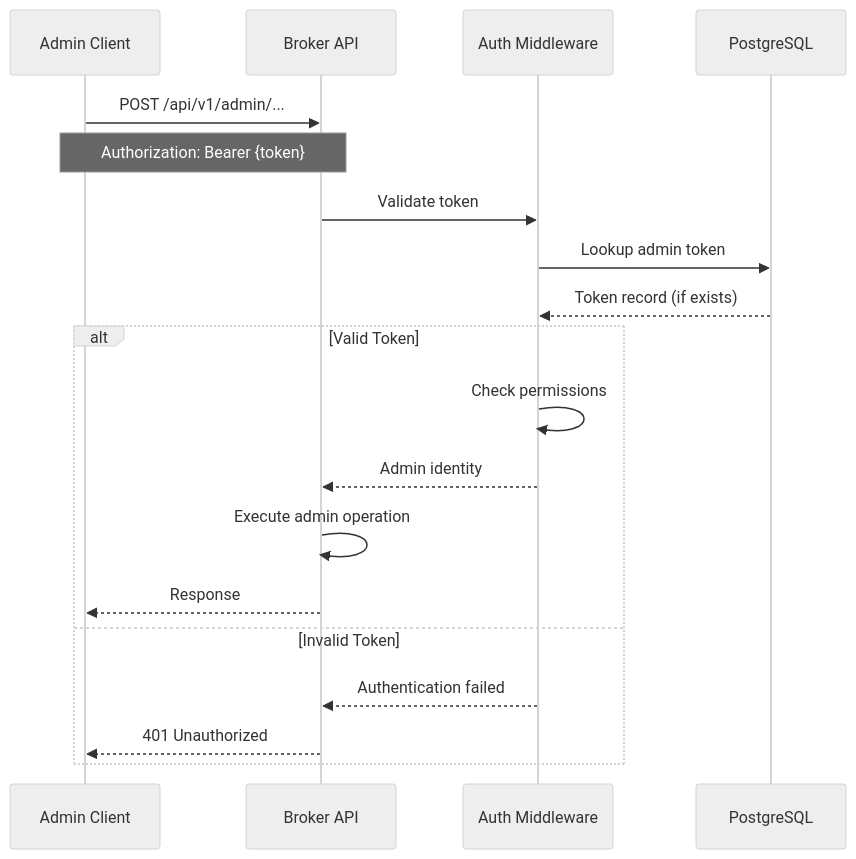
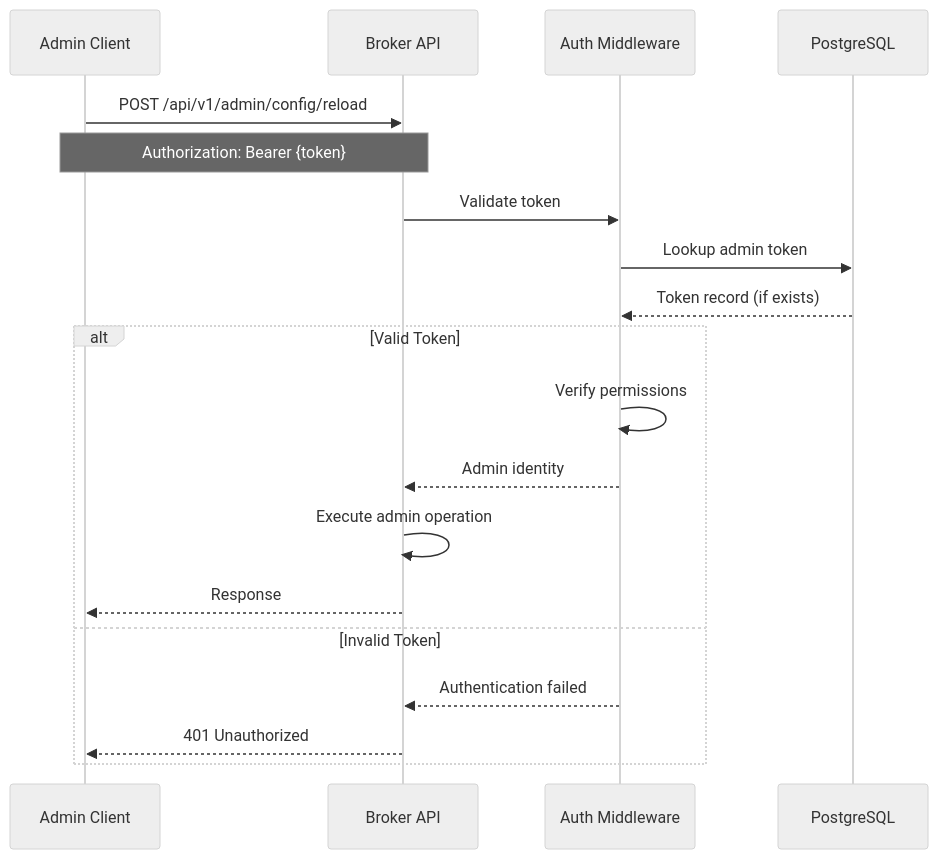
The eighth of 10 diagrams in docs/content/explanation/data-flows.md (colliery-io/brokkr), drawn with Mermaid (neutral theme) before and after one commit. The commit also changed other lines of this file and 28 other files, not shown here.

```diff
--- a/docs/content/explanation/data-flows.md
+++ b/docs/content/explanation/data-flows.md
@@ -260,24 +317,24 @@
 {{< mermaid >}}
 sequenceDiagram
     participant Admin as Admin Client
     participant Broker as Broker API
     participant Auth as Auth Middleware
     participant DB as PostgreSQL
 
-    Admin->>Broker: POST /api/v1/admin/...
+    Admin->>Broker: POST /api/v1/admin/config/reload
     Note over Admin,Broker: Authorization: Bearer {token}
 
     Broker->>Auth: Validate token
     Auth->>DB: Lookup admin token
     DB-->>Auth: Token record (if exists)
 
     alt Valid Token
-        Auth->>Auth: Check permissions
+        Auth->>Auth: Verify permissions
         Auth-->>Broker: Admin identity
         Broker->>Broker: Execute admin operation
         Broker-->>Admin: Response
     else Invalid Token
         Auth-->>Broker: Authentication failed
         Broker-->>Admin: 401 Unauthorized
     end
 {{< /mermaid >}}
```
